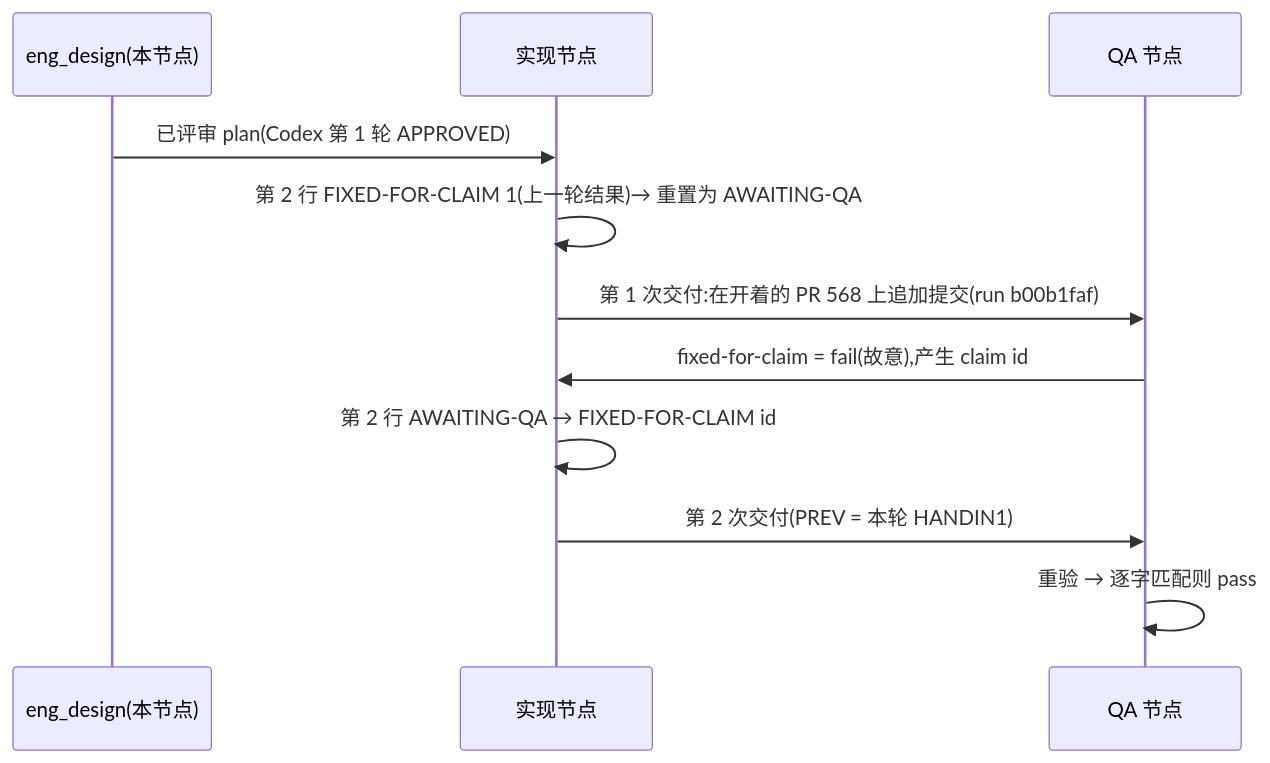
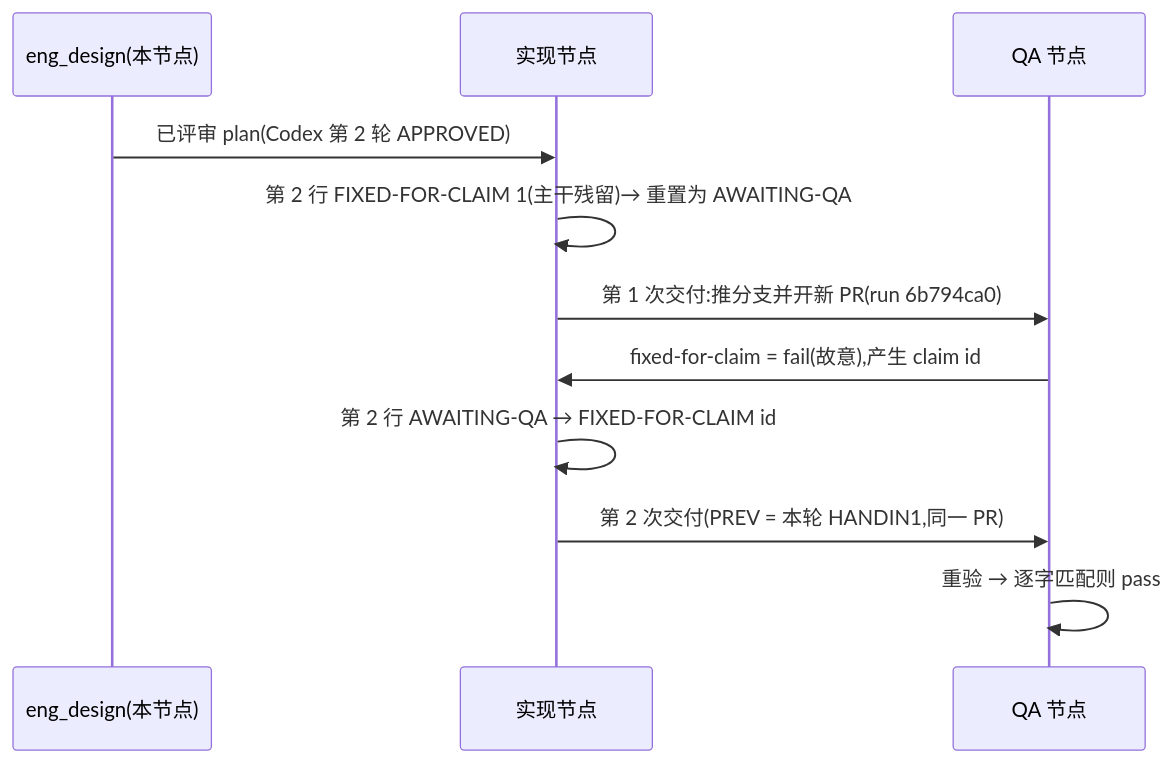
Before and after one commit to xrliAnnie/flywheel-qa-sandbox: the diagram in engineering/doc/FLY-3226-real-runner-drill/d1-core-flow.mmd, drawn with Mermaid. The commit also changed 7 other files, not shown here.

```diff
--- a/engineering/doc/FLY-3226-real-runner-drill/d1-core-flow.mmd
+++ b/engineering/doc/FLY-3226-real-runner-drill/d1-core-flow.mmd
@@ -1,11 +1,11 @@
 sequenceDiagram
     participant S as eng_design(本节点)
     participant I as 实现节点
     participant Q as QA 节点
-    S->>I: 已评审 plan(Codex 第 1 轮 APPROVED)
-    I->>I: 第 2 行 FIXED-FOR-CLAIM 1(上一轮结果)→ 重置为 AWAITING-QA
-    I->>Q: 第 1 次交付:在开着的 PR 568 上追加提交(run b00b1faf)
+    S->>I: 已评审 plan(Codex 第 2 轮 APPROVED)
+    I->>I: 第 2 行 FIXED-FOR-CLAIM 1(主干残留)→ 重置为 AWAITING-QA
+    I->>Q: 第 1 次交付:推分支并开新 PR(run 6b794ca0)
     Q->>I: fixed-for-claim = fail(故意),产生 claim id
     I->>I: 第 2 行 AWAITING-QA → FIXED-FOR-CLAIM id
-    I->>Q: 第 2 次交付(PREV = 本轮 HANDIN1)
+    I->>Q: 第 2 次交付(PREV = 本轮 HANDIN1,同一 PR)
     Q->>Q: 重验 → 逐字匹配则 pass
```
